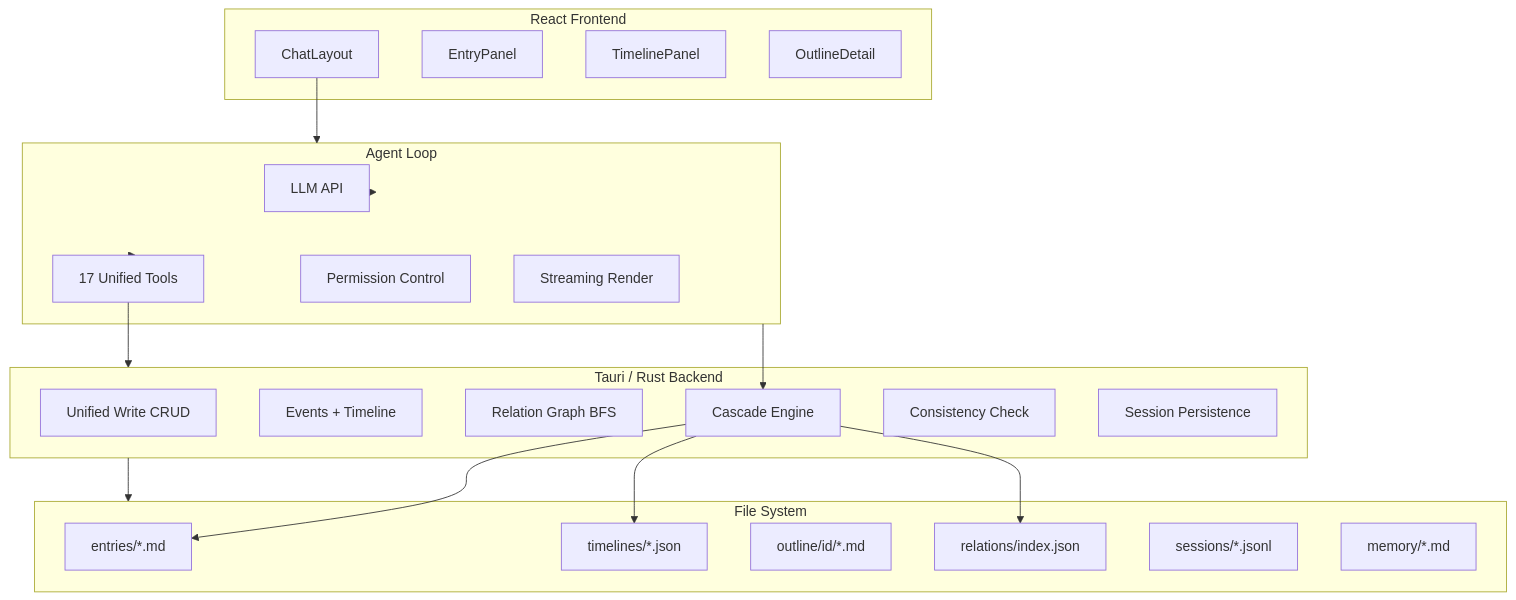
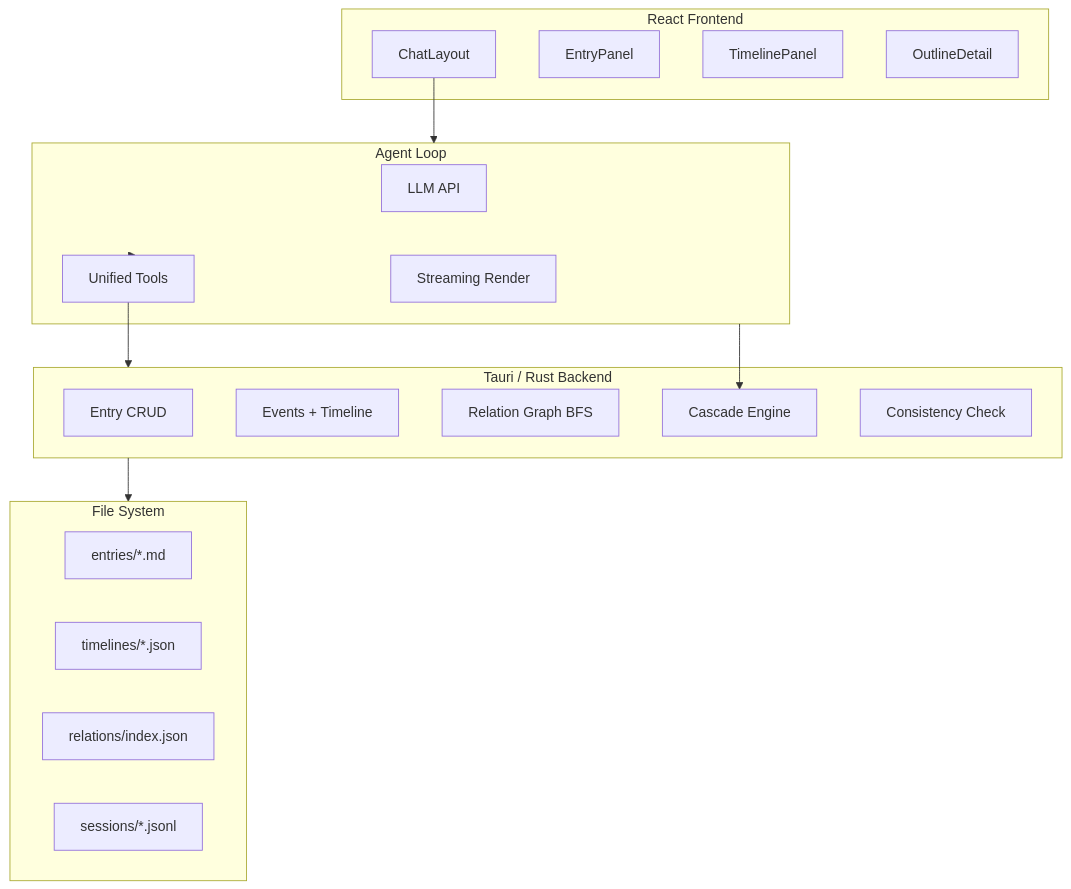
One commit to Fange12306/worldforge changed the diagram in README.md. Above: the diagram before and after it, drawn with Mermaid. The commit also changed other lines of this file and 75 other files, not shown here.

````diff
--- a/README.md
+++ b/README.md
@@ -113,44 +56,36 @@
 ```mermaid
 graph TB
     subgraph Frontend["React Frontend"]
         Chat[ChatLayout]
         Entry[EntryPanel]
         Timeline[TimelinePanel]
         Outline[OutlineDetail]
     end
 
     subgraph Agent["Agent Loop"]
         LLM[LLM API]
-        Tools[17 Unified Tools]
-        Perm[Permission Control]
+        Tools[Unified Tools]
         Stream[Streaming Render]
     end
 
     subgraph Rust["Tauri / Rust Backend"]
-        CRUD[Unified Write CRUD]
+        CRUD[Entry CRUD]
         Events[Events + Timeline]
         Relations[Relation Graph BFS]
         Cascade[Cascade Engine]
         Constraint[Consistency Check]
-        Session[Session Persistence]
     end
 
     subgraph Storage["File System"]
-        Entries[entries/*.md]
-        TL[timelines/*.json]
-        OL[outline/id/*.md]
-        Rel[relations/index.json]
-        Sessions[sessions/*.jsonl]
-        Memory[memory/*.md]
+        Entries["entries/*.md"]
+        TL["timelines/*.json"]
+        Rel["relations/index.json"]
+        Sessions["sessions/*.jsonl"]
     end
 
     Chat --> Agent
-    Agent --> LLM
     Agent --> Tools
     Tools --> Rust
     Rust --> Storage
     Agent --> Cascade
-    Cascade --> Entries
-    Cascade --> TL
-    Cascade --> Rel
 ```
````
